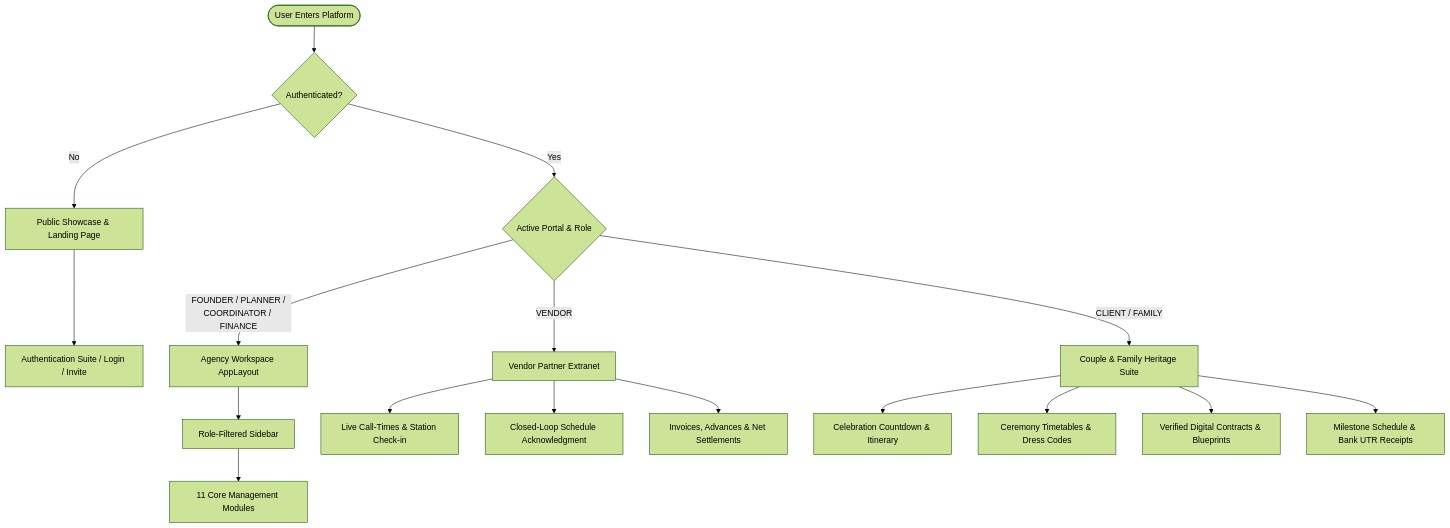
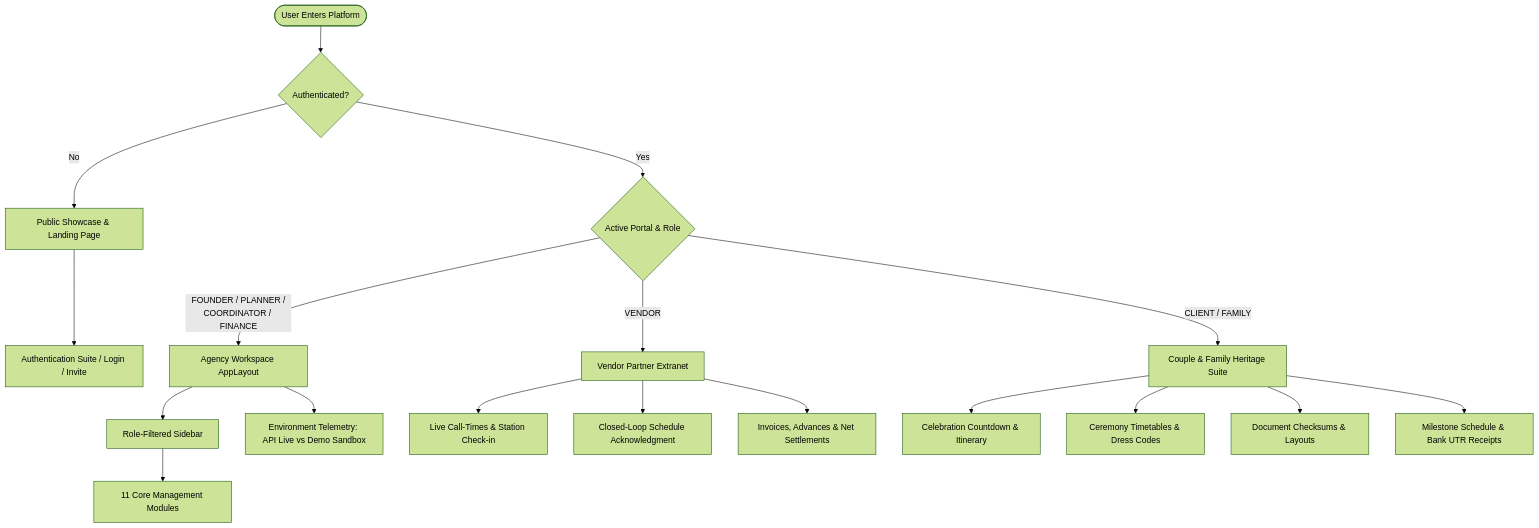
The first of 2 diagrams in README.md (pavankarthikeyaatchyuta-lab/ODOO_Finals), drawn with Mermaid (forest theme) before and after one commit. The commit also changed other lines of this file and 51 other files, not shown here.

````diff
--- a/README.md
+++ b/README.md
@@ -133,22 +176,23 @@
 ```mermaid
 flowchart TD
     User([User Enters Platform]) --> AuthGate{Authenticated?}
     AuthGate -- No --> Landing[Public Showcase & Landing Page]
     Landing --> AuthSuite[Authentication Suite / Login / Invite]
     AuthGate -- Yes --> PortalRouter{Active Portal & Role}
     
     PortalRouter -- FOUNDER / PLANNER /\nCOORDINATOR / FINANCE --> AgencyWorkspace[Agency Workspace AppLayout]
     AgencyWorkspace --> RoleFilteredNav[Role-Filtered Sidebar]
+    AgencyWorkspace --> TelemetryBadge[Environment Telemetry: API Live vs Demo Sandbox]
     RoleFilteredNav --> AgencyModules[11 Core Management Modules]
     
     PortalRouter -- VENDOR --> VendorPortal[Vendor Partner Extranet]
     VendorPortal --> V1[Live Call-Times & Station Check-in]
     VendorPortal --> V2[Closed-Loop Schedule Acknowledgment]
     VendorPortal --> V3[Invoices, Advances & Net Settlements]
     
     PortalRouter -- CLIENT / FAMILY --> CoupleSuite[Couple & Family Heritage Suite]
     CoupleSuite --> C1[Celebration Countdown & Itinerary]
     CoupleSuite --> C2[Ceremony Timetables & Dress Codes]
-    CoupleSuite --> C3[Verified Digital Contracts & Blueprints]
+    CoupleSuite --> C3[Document Checksums & Layouts]
     CoupleSuite --> C4[Milestone Schedule & Bank UTR Receipts]
 ```
````
